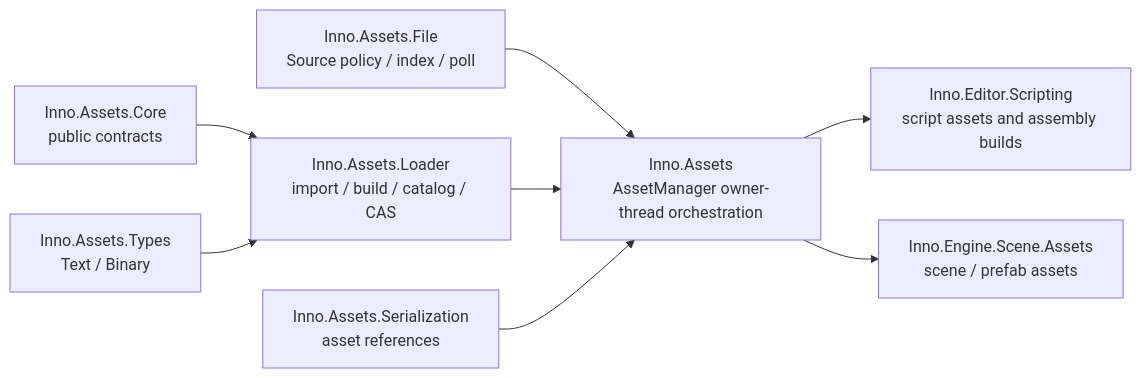
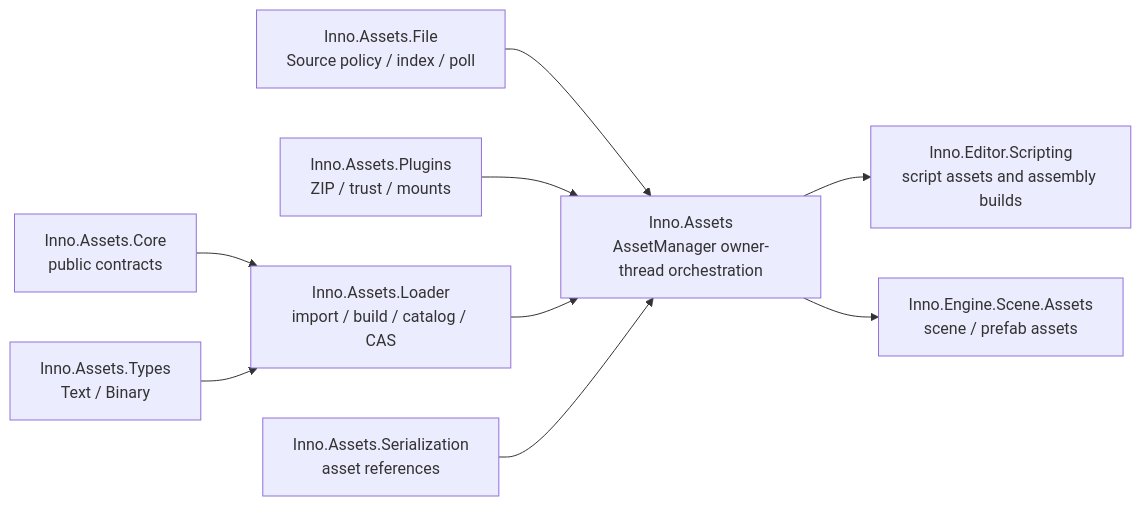
The diagram in docs/assets/README.md (FLwolfy/InnoEngine), drawn with Mermaid before and after one commit. The commit also changed other lines of this file and 328 other files, not shown here.

````diff
--- a/docs/assets/README.md
+++ b/docs/assets/README.md
@@ -7,10 +7,11 @@
 ```mermaid
 flowchart LR
     FS["Inno.Assets.File<br/>Source policy / index / poll"] --> AM["Inno.Assets<br/>AssetManager owner-thread orchestration"]
+    PLUGIN["Inno.Assets.Plugins<br/>ZIP / trust / mounts"] --> AM
     CORE["Inno.Assets.Core<br/>public contracts"] --> LOAD["Inno.Assets.Loader<br/>import / build / catalog / CAS"]
     TYPES["Inno.Assets.Types<br/>Text / Binary"] --> LOAD
     LOAD --> AM
     SER["Inno.Assets.Serialization<br/>asset references"] --> AM
     AM --> SCRIPT["Inno.Editor.Scripting<br/>script assets and assembly builds"]
     AM --> SCENE["Inno.Engine.Scene.Assets<br/>scene / prefab assets"]
 ```
````
